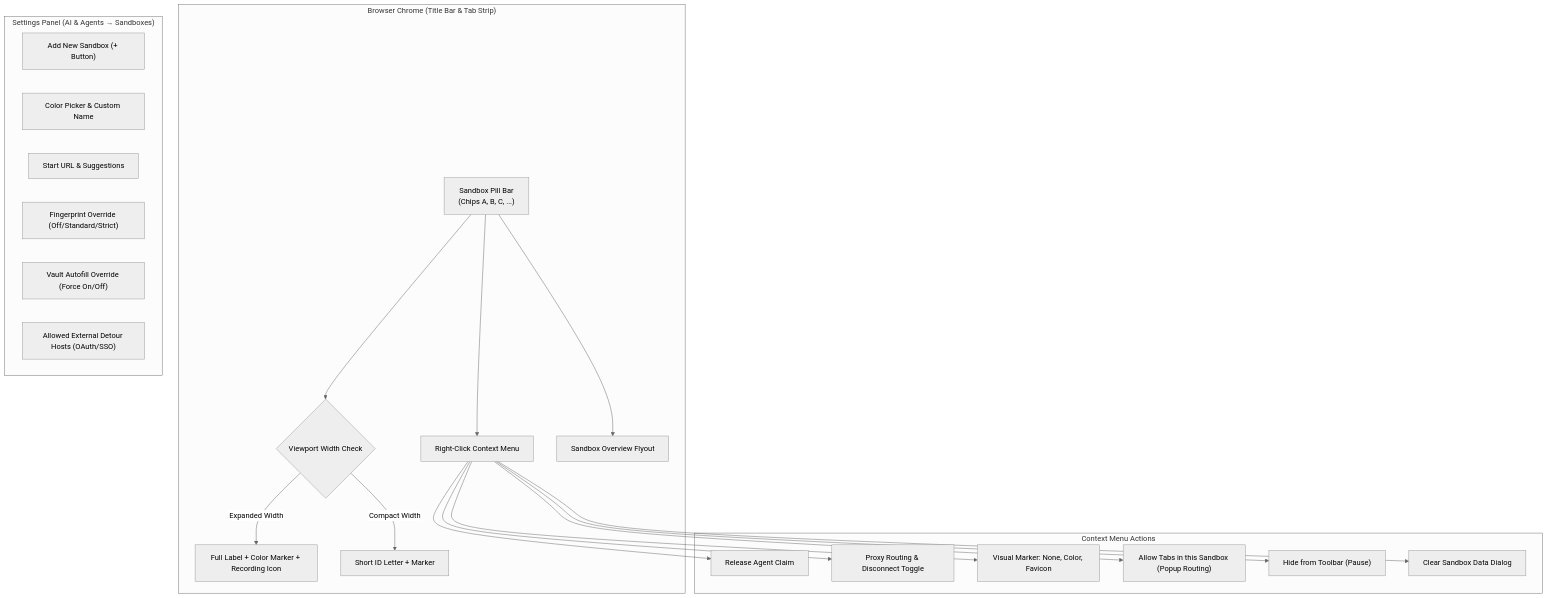
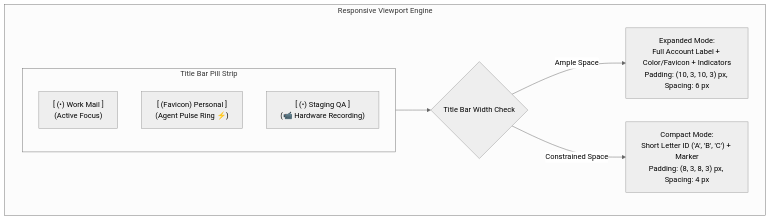
The first of 3 diagrams in docs/core-features/sandbox-isolation/user-management-and-gui.md (joelaniol/nova), drawn with Mermaid (neutral theme) before and after one commit. The commit also changed other lines of this file and 3 other files, not shown here.

Commit message:
docs(sandbox-isolation): expand architectural reference with anchors, routing, and GUI controls

````diff
--- a/docs/core-features/sandbox-isolation/user-management-and-gui.md
+++ b/docs/core-features/sandbox-isolation/user-management-and-gui.md
@@ -5,29 +16,14 @@
 ```mermaid
 flowchart TD
-    subgraph Chrome["Browser Chrome (Title Bar & Tab Strip)"]
-        Pills["Sandbox Pill Bar\n(Chips A, B, C, ...)"]
-        Pills --> Responsive{"Viewport Width Check"}
-        Responsive -- "Expanded Width" --> Exp["Full Label + Color Marker + Recording Icon"]
-        Responsive -- "Compact Width" --> Cmp["Short ID Letter + Marker"]
-        Pills --> Ctx["Right-Click Context Menu"]
-        Pills --> Flyout["Sandbox Overview Flyout"]
+    subgraph ChromeStrip["Title Bar Pill Strip"]
+        PillA["[ (•) Work Mail ]\n(Active Focus)"]
+        PillB["[ (Favicon) Personal ]\n(Agent Pulse Ring ⚡)"]
+        PillC["[ (•) Staging QA ]\n(📹 Hardware Recording)"]
     end
 
-    subgraph Actions["Context Menu Actions"]
-        Ctx --> A1["Release Agent Claim"]
-        Ctx --> A2["Proxy Routing & Disconnect Toggle"]
-        Ctx --> A3["Visual Marker: None, Color, Favicon"]
-        Ctx --> A4["Allow Tabs in this Sandbox (Popup Routing)"]
-        Ctx --> A5["Hide from Toolbar (Pause)"]
-        Ctx --> A6["Clear Sandbox Data Dialog"]
-    end
-
-    subgraph Settings["Settings Panel (AI & Agents → Sandboxes)"]
-        S1["Add New Sandbox (+ Button)"]
-        S2["Color Picker & Custom Name"]
-        S3["Start URL & Suggestions"]
-        S4["Fingerprint Override (Off/Standard/Strict)"]
-        S5["Vault Autofill Override (Force On/Off)"]
-        S6["Allowed External Detour Hosts (OAuth/SSO)"]
+    subgraph Responsive["Responsive Viewport Engine"]
+        ChromeStrip --> WidthCheck{"Title Bar Width Check"}
+        WidthCheck -- "Ample Space" --> Expanded["Expanded Mode:\nFull Account Label + Color/Favicon + Indicators\nPadding: (10, 3, 10, 3) px, Spacing: 6 px"]
+        WidthCheck -- "Constrained Space" --> Compact["Compact Mode:\nShort Letter ID ('A', 'B', 'C') + Marker\nPadding: (8, 3, 8, 3) px, Spacing: 4 px"]
     end
 ```
````
